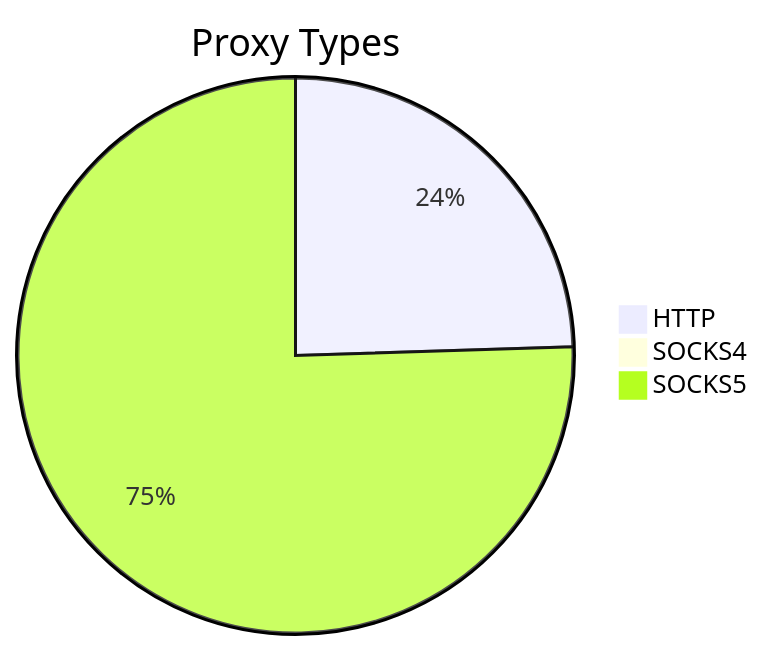
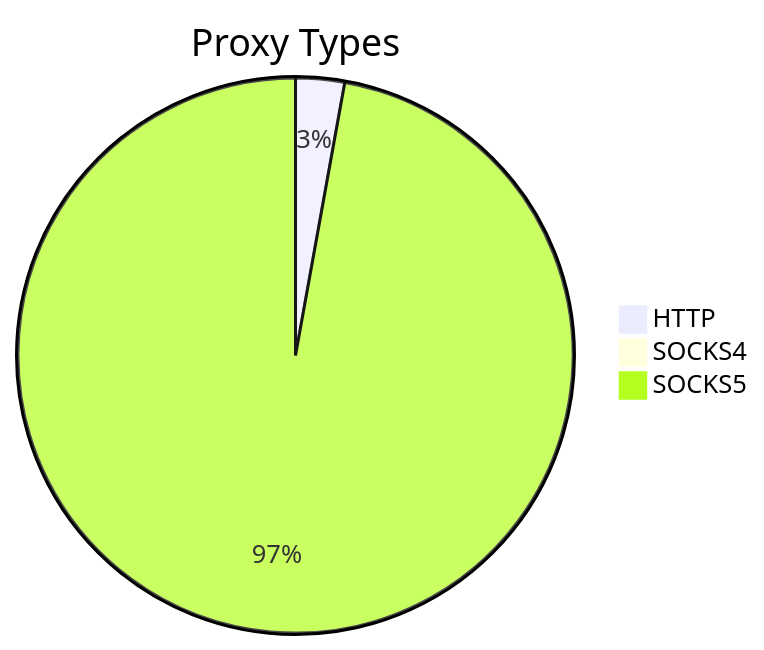
One commit to stormsia/proxy-list changed the first of 2 diagrams in README.md. Above: the diagram before and after it, drawn with Mermaid. The commit also changed other lines of this file, not shown here.

````diff
--- a/README.md
+++ b/README.md
@@ -21,6 +21,6 @@
 ```mermaid
 pie title Proxy Types
-    "HTTP" : 2050
-    "SOCKS4" : 25
-    "SOCKS5" : 6316
+    "HTTP" : 118
+    "SOCKS4" : 14
+    "SOCKS5" : 4031
 ```
````
